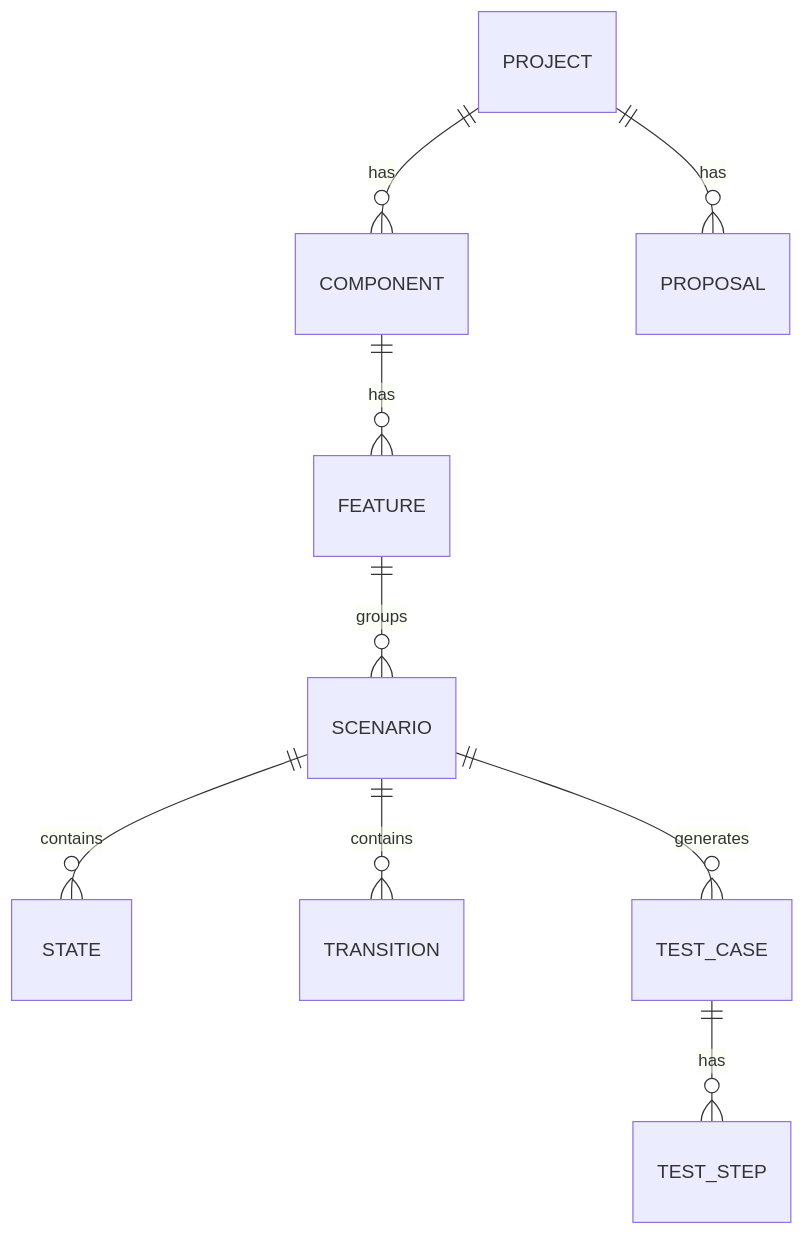
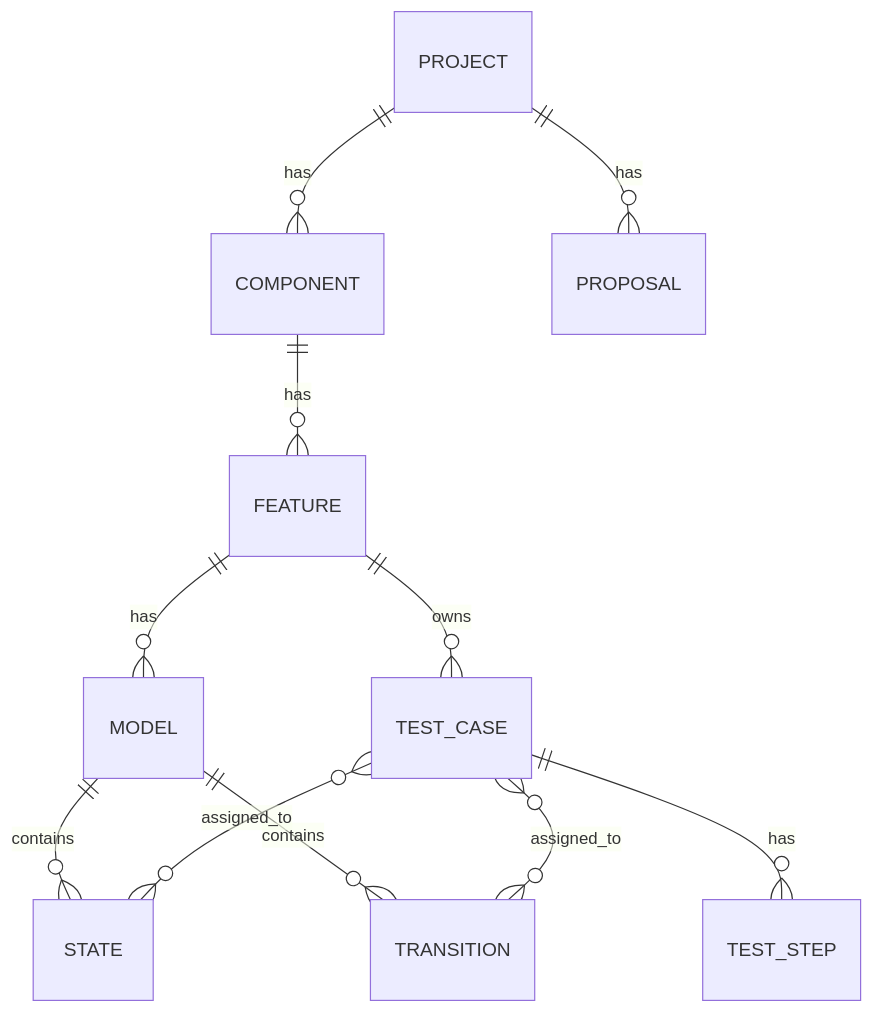
The diagram in docs/specification/02-domain-model.md (uid09552/testmodeller), drawn with Mermaid before and after one commit. The commit also changed other lines of this file and 157 other files, not shown here.

````diff
--- a/docs/specification/02-domain-model.md
+++ b/docs/specification/02-domain-model.md
@@ -11,11 +11,13 @@
 ```mermaid
 erDiagram
   PROJECT ||--o{ COMPONENT : has
   COMPONENT ||--o{ FEATURE : has
-  FEATURE ||--o{ SCENARIO : groups
-  SCENARIO ||--o{ STATE : contains
-  SCENARIO ||--o{ TRANSITION : contains
-  SCENARIO ||--o{ TEST_CASE : generates
+  FEATURE ||--o{ MODEL : has
+  FEATURE ||--o{ TEST_CASE : owns
+  MODEL ||--o{ STATE : contains
+  MODEL ||--o{ TRANSITION : contains
   TEST_CASE ||--o{ TEST_STEP : has
+  TEST_CASE }o--o{ STATE : assigned_to
+  TEST_CASE }o--o{ TRANSITION : assigned_to
   PROJECT ||--o{ PROPOSAL : has
 ```
````
